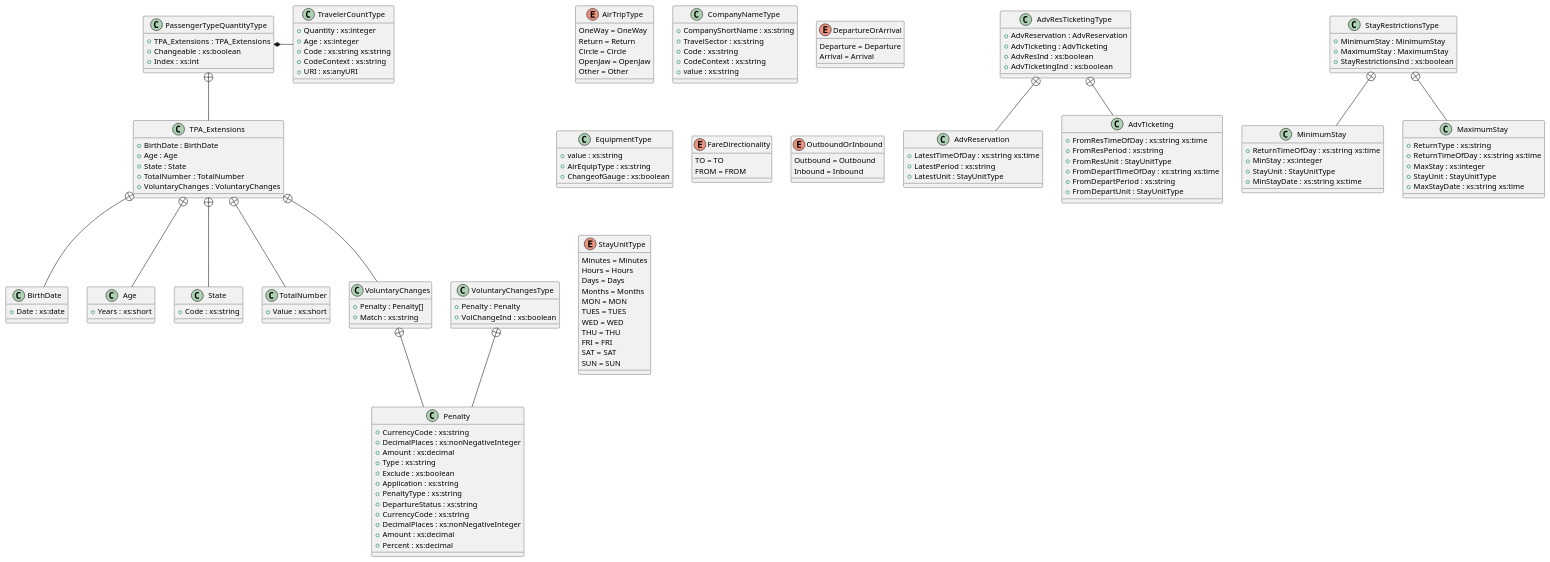
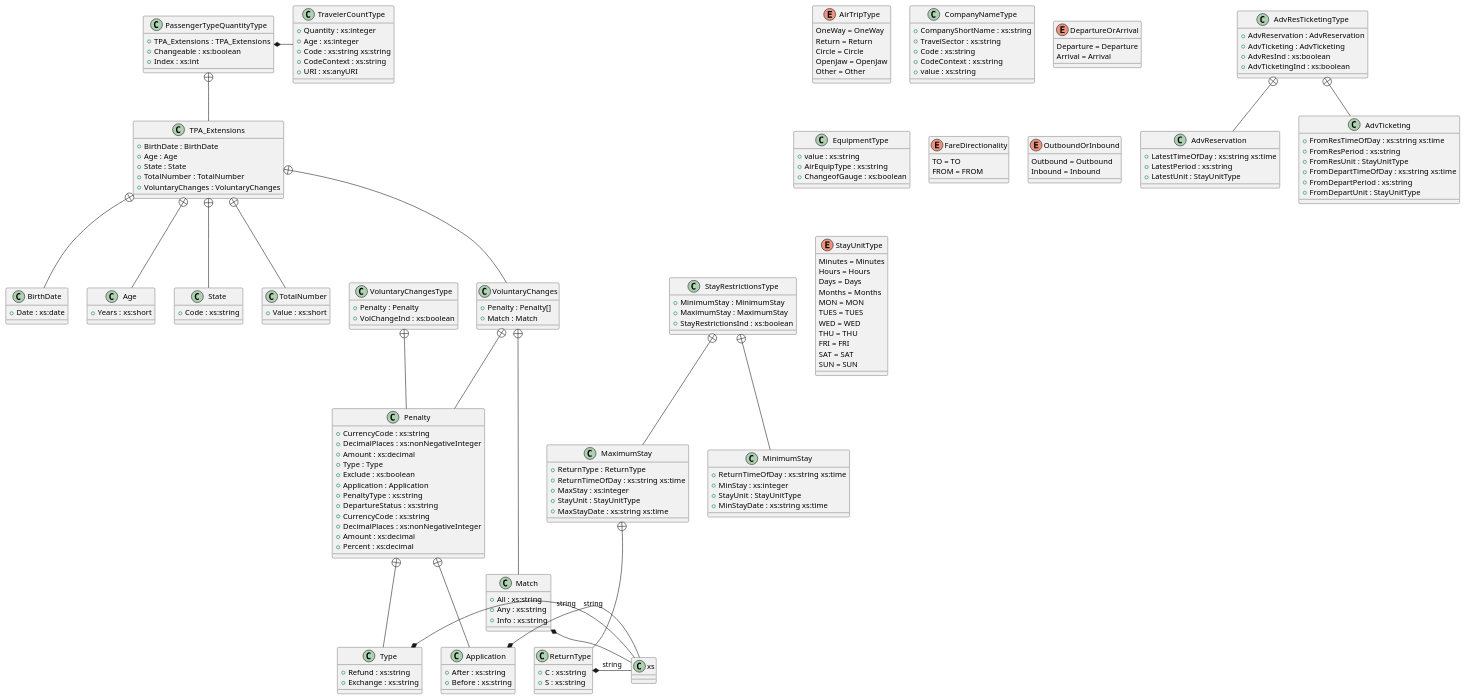
Before and after one commit to tefra/xsdata-samples: the diagram in samples/sabre/diagram/BargainFinderMax_CommonTypes_v1-9-7.pu, drawn with PlantUML. The commit also changed 17 other files, not shown here.

```diff
--- a/samples/sabre/diagram/BargainFinderMax_CommonTypes_v1-9-7.pu
+++ b/samples/sabre/diagram/BargainFinderMax_CommonTypes_v1-9-7.pu
@@ -1,153 +1,178 @@
 @startuml
 
 class AdvResTicketingType {
     +AdvReservation : AdvReservation
     +AdvTicketing : AdvTicketing
     +AdvResInd : xs:boolean
     +AdvTicketingInd : xs:boolean
 }
 AdvResTicketingType +-- AdvReservation
 class AdvReservation {
     +LatestTimeOfDay : xs:string xs:time
     +LatestPeriod : xs:string
     +LatestUnit : StayUnitType
 }
 AdvResTicketingType +-- AdvTicketing
 class AdvTicketing {
     +FromResTimeOfDay : xs:string xs:time
     +FromResPeriod : xs:string
     +FromResUnit : StayUnitType
     +FromDepartTimeOfDay : xs:string xs:time
     +FromDepartPeriod : xs:string
     +FromDepartUnit : StayUnitType
 }
 enum AirTripType {
     OneWay = OneWay
     Return = Return
     Circle = Circle
     OpenJaw = OpenJaw
     Other = Other
 }
 class CompanyNameType {
     +CompanyShortName : xs:string
     +TravelSector : xs:string
     +Code : xs:string
     +CodeContext : xs:string
     +value : xs:string
 }
 enum DepartureOrArrival {
     Departure = Departure
     Arrival = Arrival
 }
 class EquipmentType {
     +value : xs:string
     +AirEquipType : xs:string
     +ChangeofGauge : xs:boolean
 }
 enum FareDirectionality {
     TO = TO
     FROM = FROM
 }
 enum OutboundOrInbound {
     Outbound = Outbound
     Inbound = Inbound
 }
 class PassengerTypeQuantityType {
     +TPA_Extensions : TPA_Extensions
     +Changeable : xs:boolean
     +Index : xs:int
 }
 PassengerTypeQuantityType *- TravelerCountType
 PassengerTypeQuantityType +-- TPA_Extensions
 class TPA_Extensions {
     +BirthDate : BirthDate
     +Age : Age
     +State : State
     +TotalNumber : TotalNumber
     +VoluntaryChanges : VoluntaryChanges
 }
 TPA_Extensions +-- BirthDate
 class BirthDate {
     +Date : xs:date
 }
 TPA_Extensions +-- Age
 class Age {
     +Years : xs:short
 }
 TPA_Extensions +-- State
 class State {
     +Code : xs:string
 }
 TPA_Extensions +-- TotalNumber
 class TotalNumber {
     +Value : xs:short
 }
 TPA_Extensions +-- VoluntaryChanges
 class VoluntaryChanges {
     +Penalty : Penalty[]
-    +Match : xs:string
+    +Match : Match
 }
 VoluntaryChanges +-- Penalty
 class Penalty {
     +CurrencyCode : xs:string
     +DecimalPlaces : xs:nonNegativeInteger
     +Amount : xs:decimal
-    +Type : xs:string
+    +Type : Type
     +Exclude : xs:boolean
-    +Application : xs:string
+    +Application : Application
 }
+Penalty +-- Type
+class Type {
+    +Refund : xs:string
+    +Exchange : xs:string
+}
+Type *- xs:string
+Penalty +-- Application
+class Application {
+    +After : xs:string
+    +Before : xs:string
+}
+Application *- xs:string
+VoluntaryChanges +-- Match
+class Match {
+    +All : xs:string
+    +Any : xs:string
+    +Info : xs:string
+}
+Match *- xs:string
 class StayRestrictionsType {
     +MinimumStay : MinimumStay
     +MaximumStay : MaximumStay
     +StayRestrictionsInd : xs:boolean
 }
 StayRestrictionsType +-- MinimumStay
 class MinimumStay {
     +ReturnTimeOfDay : xs:string xs:time
     +MinStay : xs:integer
     +StayUnit : StayUnitType
     +MinStayDate : xs:string xs:time
 }
 StayRestrictionsType +-- MaximumStay
 class MaximumStay {
-    +ReturnType : xs:string
+    +ReturnType : ReturnType
     +ReturnTimeOfDay : xs:string xs:time
     +MaxStay : xs:integer
     +StayUnit : StayUnitType
     +MaxStayDate : xs:string xs:time
 }
+MaximumStay +-- ReturnType
+class ReturnType {
+    +C : xs:string
+    +S : xs:string
+}
+ReturnType *- xs:string
 enum StayUnitType {
     Minutes = Minutes
     Hours = Hours
     Days = Days
     Months = Months
     MON = MON
     TUES = TUES
     WED = WED
     THU = THU
     FRI = FRI
     SAT = SAT
     SUN = SUN
 }
 class TravelerCountType {
     +Quantity : xs:integer
     +Age : xs:integer
     +Code : xs:string xs:string
     +CodeContext : xs:string
     +URI : xs:anyURI
 }
 class VoluntaryChangesType {
     +Penalty : Penalty
     +VolChangeInd : xs:boolean
 }
 VoluntaryChangesType +-- Penalty
 class Penalty {
     +PenaltyType : xs:string
     +DepartureStatus : xs:string
     +CurrencyCode : xs:string
     +DecimalPlaces : xs:nonNegativeInteger
     +Amount : xs:decimal
     +Percent : xs:decimal
 }
 
 @enduml
```
